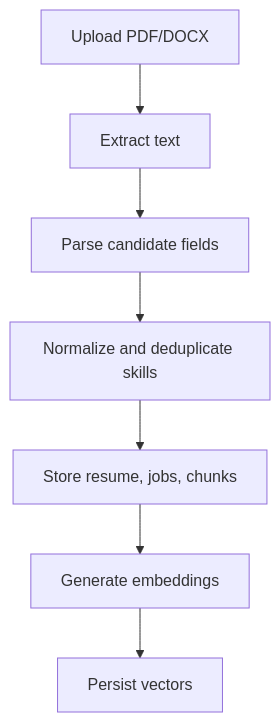
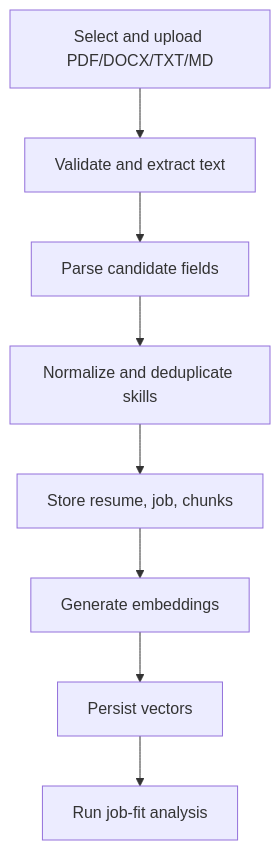
One commit to Charles-AM/Resume_Analyzer changed the second of 3 diagrams in README.md. Above: the diagram before and after it, drawn with Mermaid. The commit also changed other lines of this file, not shown here.

Commit message:
docs: align readme with current resume analyzer

````diff
--- a/README.md
+++ b/README.md
@@ -28,9 +76,10 @@
 ```mermaid
 flowchart TD
-  A["Upload PDF/DOCX"] --> B["Extract text"]
+  A["Select and upload PDF/DOCX/TXT/MD"] --> B["Validate and extract text"]
   B --> C["Parse candidate fields"]
   C --> D["Normalize and deduplicate skills"]
-  D --> E["Store resume, jobs, chunks"]
+  D --> E["Store resume, job, chunks"]
   E --> F["Generate embeddings"]
   F --> G["Persist vectors"]
+  G --> H["Run job-fit analysis"]
 ```
````
